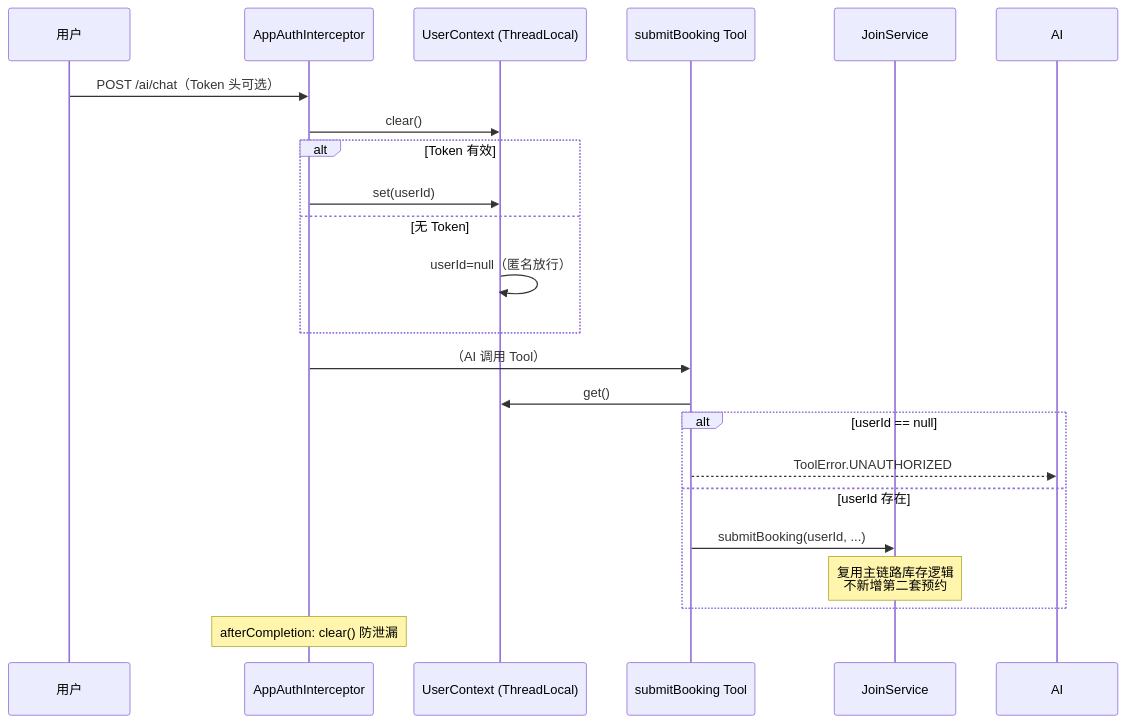
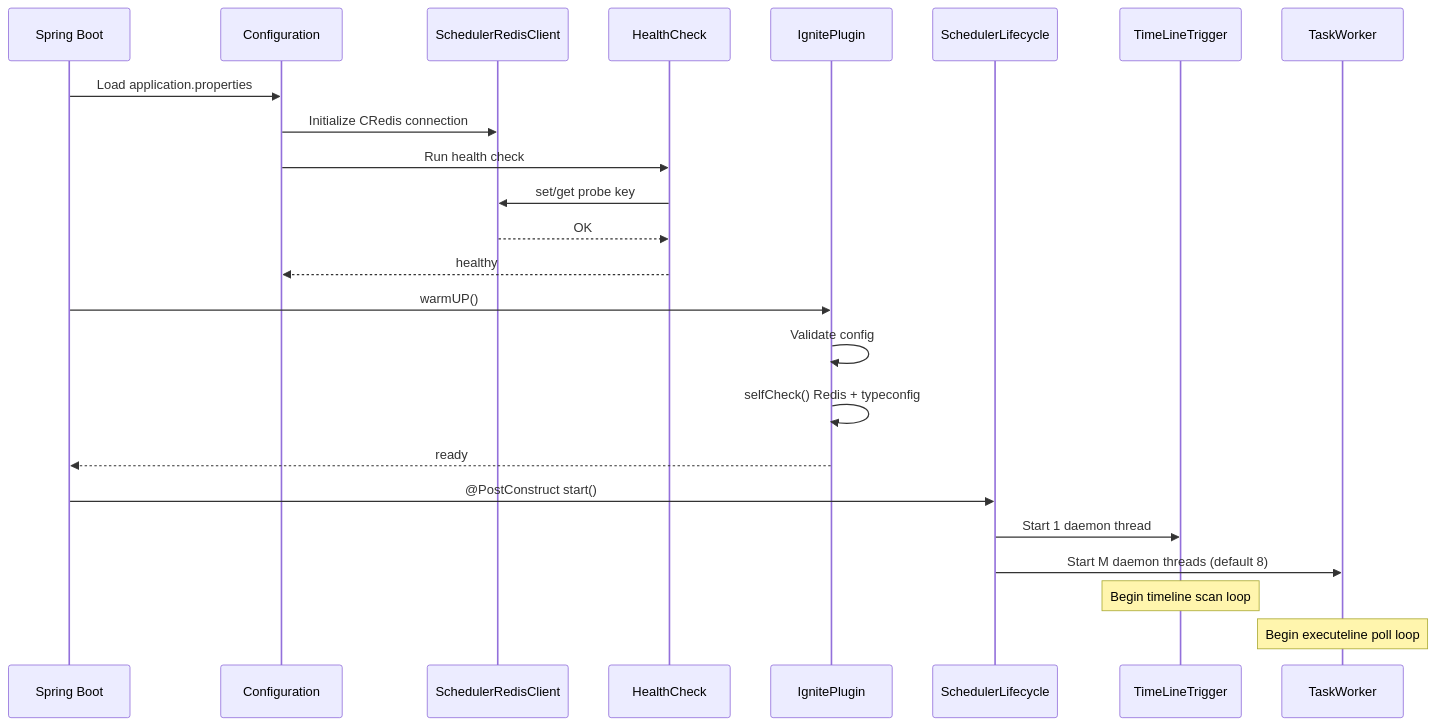
One commit to kilogram11/Museum-Reservations changed diagram 12 of 18 in project-docs/FLOWS.md. Above: the diagram before and after it, drawn with Mermaid. The commit also changed other lines of this file and 64 other files, not shown here.

````diff
--- a/project-docs/FLOWS.md
+++ b/project-docs/FLOWS.md
@@ -215,25 +347,30 @@
 ```mermaid
 sequenceDiagram
-    participant U as 用户
-    participant ICPT as AppAuthInterceptor
-    participant UC as UserContext (ThreadLocal)
-    participant T as submitBooking Tool
-    participant J as JoinService
+    participant APP as Spring Boot
+    participant CFG as Configuration
+    participant REDIS as SchedulerRedisClient
+    participant HC as HealthCheck
+    participant VI as IgnitePlugin
+    participant LC as SchedulerLifecycle
+    participant TLT as TimeLineTrigger
+    participant TW as TaskWorker
 
-    U->>ICPT: POST /ai/chat（Token 头可选）
-    ICPT->>UC: clear()
-    alt Token 有效
-        ICPT->>UC: set(userId)
-    else 无 Token
-        UC->>UC: userId=null（匿名放行）
-    end
-    ICPT->>T: （AI 调用 Tool）
-    T->>UC: get()
-    alt userId == null
-        T-->>AI: ToolError.UNAUTHORIZED
-    else userId 存在
-        T->>J: submitBooking(userId, ...)
-        Note over J: 复用主链路库存逻辑<br/>不新增第二套预约
-    end
-    Note over ICPT: afterCompletion: clear() 防泄漏
+    APP->>CFG: Load application.properties
+    CFG->>REDIS: Initialize CRedis connection
+    CFG->>HC: Run health check
+    HC->>REDIS: set/get probe key
+    REDIS-->>HC: OK
+    HC-->>CFG: healthy
+
+    APP->>VI: warmUP()
+    VI->>VI: Validate config
+    VI->>VI: selfCheck() Redis + typeconfig
+    VI-->>APP: ready
+
+    APP->>LC: @PostConstruct start()
+    LC->>TLT: Start 1 daemon thread
+    LC->>TW: Start M daemon threads (default 8)
+
+    Note over TLT: Begin timeline scan loop
+    Note over TW: Begin executeline poll loop
 ```
````
